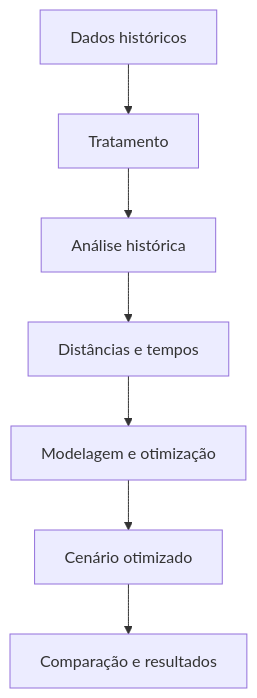
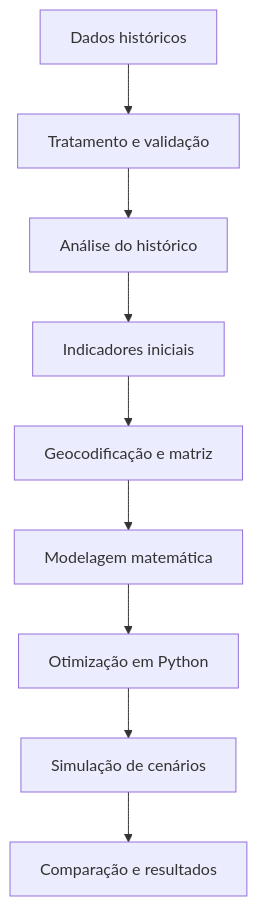
One commit to SafeFlow-1-0/Api_log3 changed the diagram in README.md. Above: the diagram before and after it, drawn with Mermaid. The commit also changed other lines of this file, not shown here.

````diff
--- a/README.md
+++ b/README.md
@@ -172,9 +233,11 @@
 ```mermaid
 flowchart TD
-    A["Dados históricos"] --> B["Tratamento"]
-    B --> C["Análise histórica"]
-    C --> D["Distâncias e tempos"]
-    D --> E["Modelagem e otimização"]
-    E --> F["Cenário otimizado"]
-    F --> G["Comparação e resultados"]
+    A["Dados históricos"] --> B["Tratamento e validação"]
+    B --> C["Análise do histórico"]
+    C --> D["Indicadores iniciais"]
+    D --> E["Geocodificação e matriz"]
+    E --> F["Modelagem matemática"]
+    F --> G["Otimização em Python"]
+    G --> H["Simulação de cenários"]
+    H --> I["Comparação e resultados"]
 ```
````
